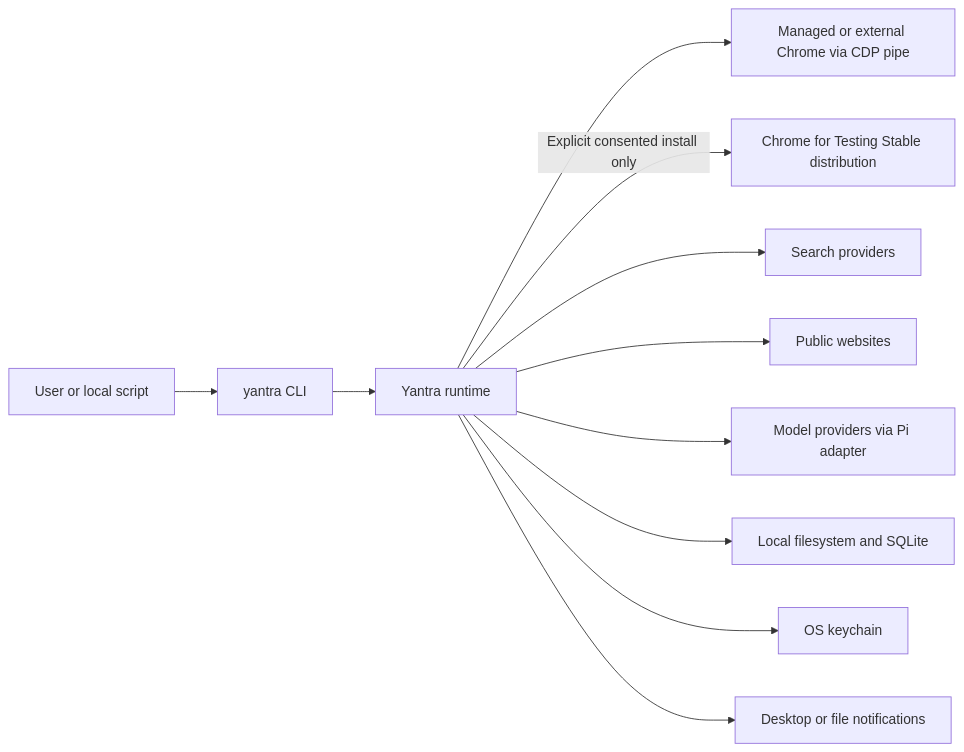
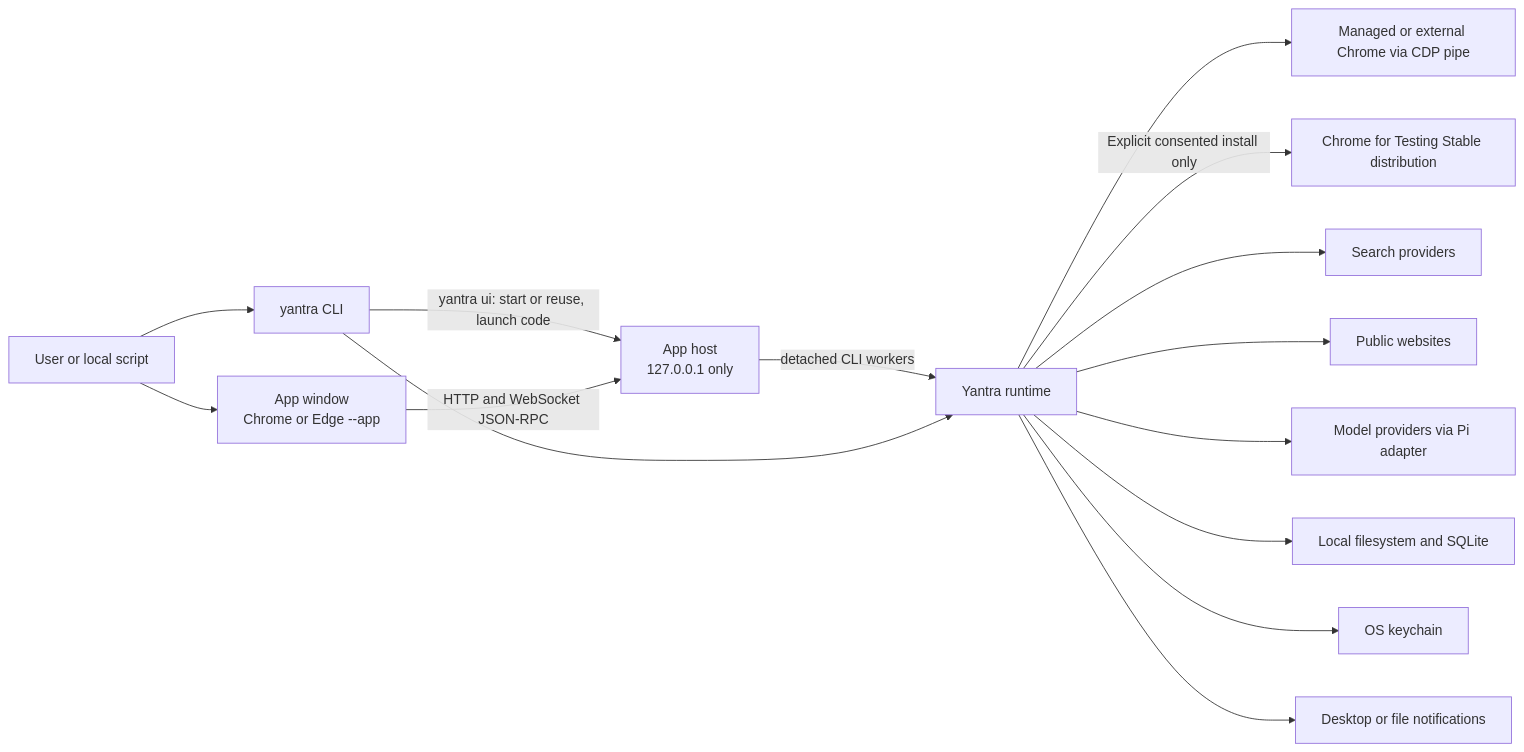
One commit to abranjith/yantra changed the first of 39 diagrams in docs/architecture.md. Above: the diagram before and after it, drawn with Mermaid. The commit also changed other lines of this file and 153 other files, not shown here.

````diff
--- a/docs/architecture.md
+++ b/docs/architecture.md
@@ -45,13 +49,17 @@
 ```mermaid
 flowchart LR
   User[User or local script] --> CLI[yantra CLI]
+  User --> Window[App window<br/>Chrome or Edge --app]
+  CLI -->|yantra ui: start or reuse, launch code| Host[App host<br/>127.0.0.1 only]
+  Window -->|HTTP and WebSocket JSON-RPC| Host
+  Host -->|detached CLI workers| Runtime
   CLI --> Runtime[Yantra runtime]
   Runtime --> Chrome[Managed or external Chrome via CDP pipe]
   Runtime -->|Explicit consented install only| CfT[Chrome for Testing Stable distribution]
   Runtime --> Search[Search providers]
   Runtime --> Web[Public websites]
   Runtime --> Models[Model providers via Pi adapter]
   Runtime --> Local[Local filesystem and SQLite]
   Runtime --> Keychain[OS keychain]
   Runtime --> Notify[Desktop or file notifications]
 ```
````
